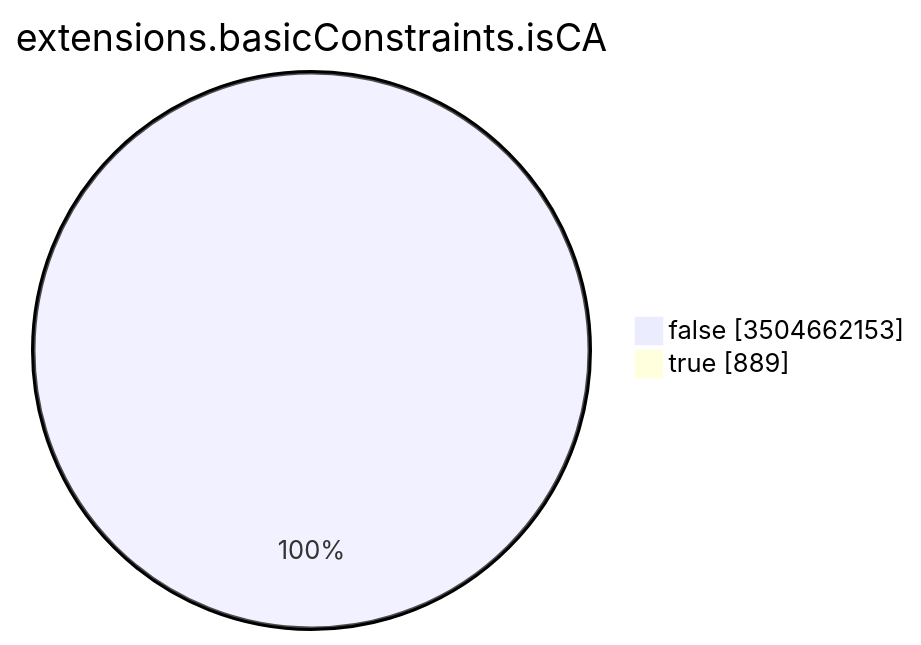
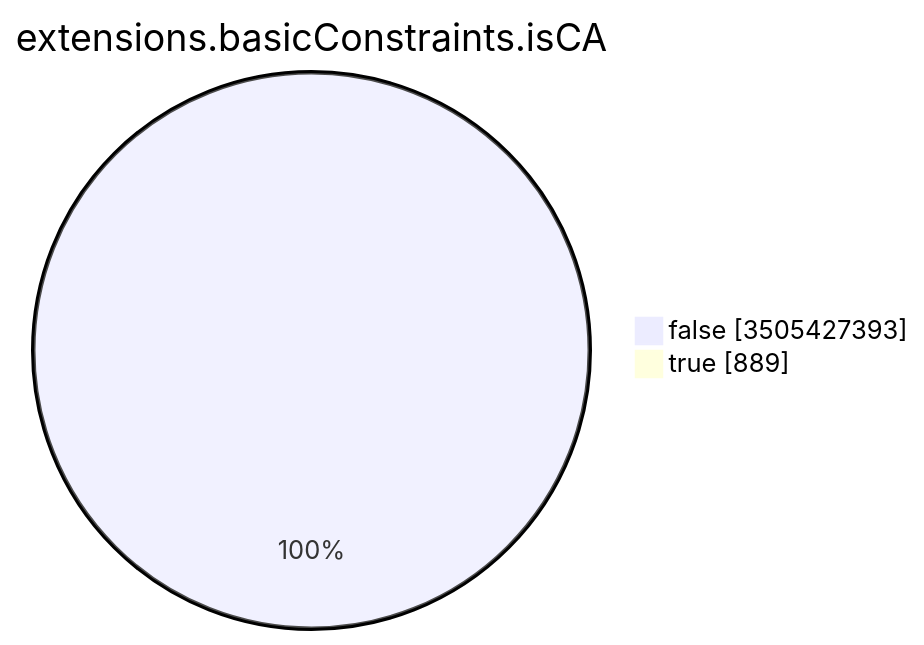
The seventh of 15 diagrams in TOTAL/README.md (christiankrug/ctmonitor_visualization), drawn with Mermaid before and after one commit. The commit also changed other lines of this file, not shown here.

````diff
--- a/TOTAL/README.md
+++ b/TOTAL/README.md
@@ -3094,6 +3094,6 @@
 ```mermaid
 pie showData
 title extensions.basicConstraints.isCA
-"false" :3504662153
+"false" :3505427393
 "true" :889
 ```
````
